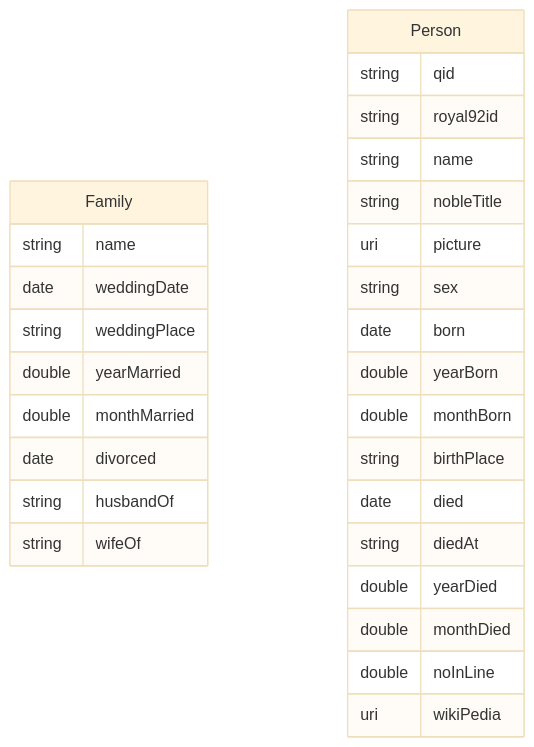
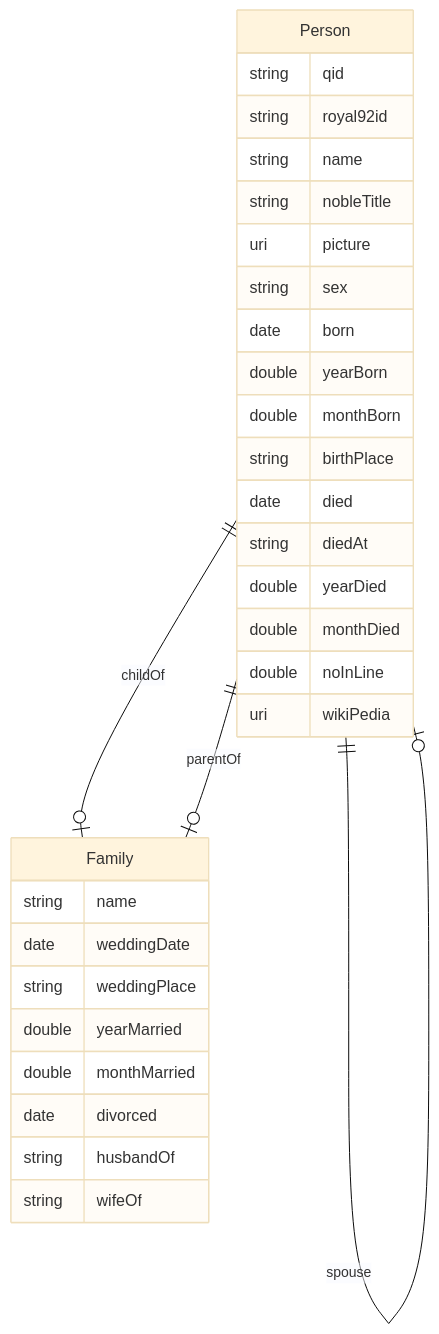
One commit to WolfgangFahl/pyMetaModel changed the diagram in examples/family/FamilyContext.mermaid. Above: the diagram before and after it, drawn with Mermaid (base theme). The commit also changed 21 other files, not shown here.

````diff
--- a/examples/family/FamilyContext.mermaid
+++ b/examples/family/FamilyContext.mermaid
@@ -1,34 +1,36 @@
 ```mermaid
 erDiagram
 Family {
     string name  
     date weddingDate  
     string weddingPlace  
     double yearMarried  
     double monthMarried  
     date divorced  
     string husbandOf  
     string wifeOf  
 }
 Person {
     string qid  
     string royal92id  
     string name  
     string nobleTitle  
     uri picture  
     string sex  
     date born  
     double yearBorn  
     double monthBorn  
     string birthPlace  
     date died  
     string diedAt  
     double yearDied  
     double monthDied  
     double noInLine  
     uri wikiPedia  
 }
 
-
+Person ||--|o Family : "childOf"
+Person ||--|o Family : "parentOf"
+Person ||--|o Person : "spouse"
 
 ```
````
